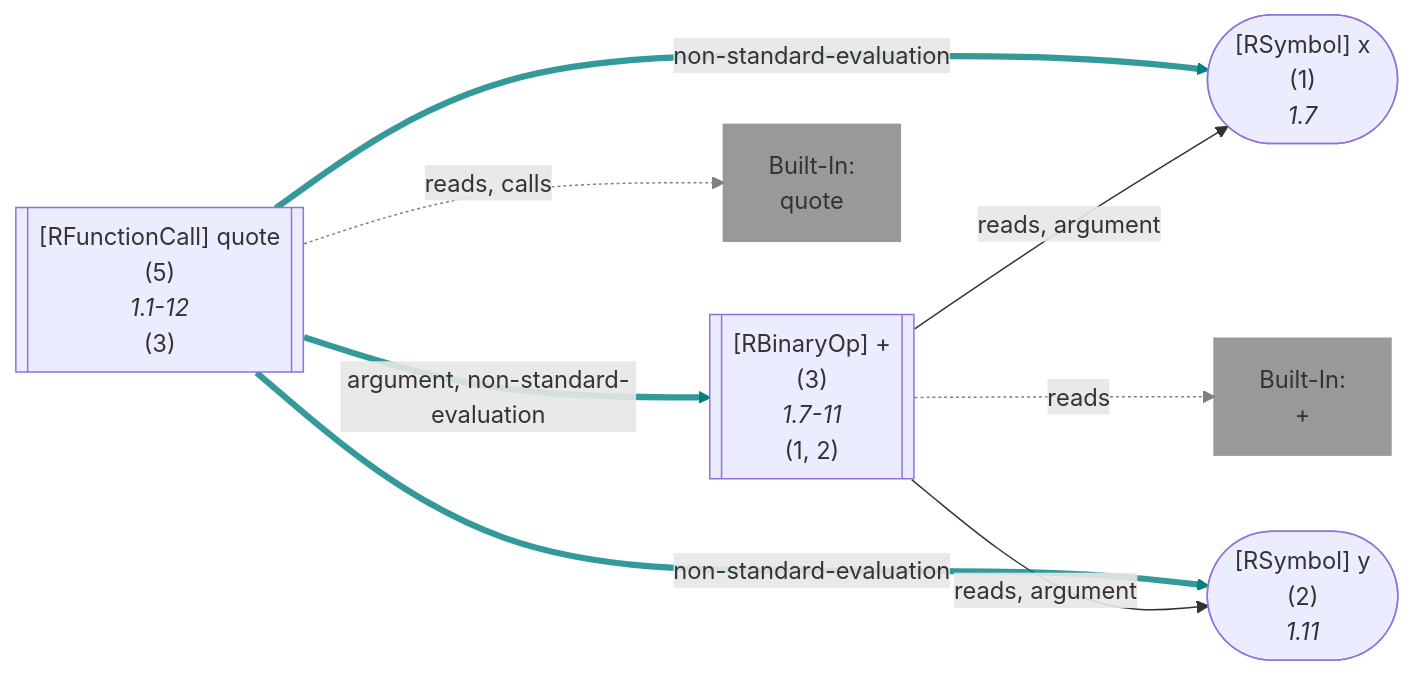
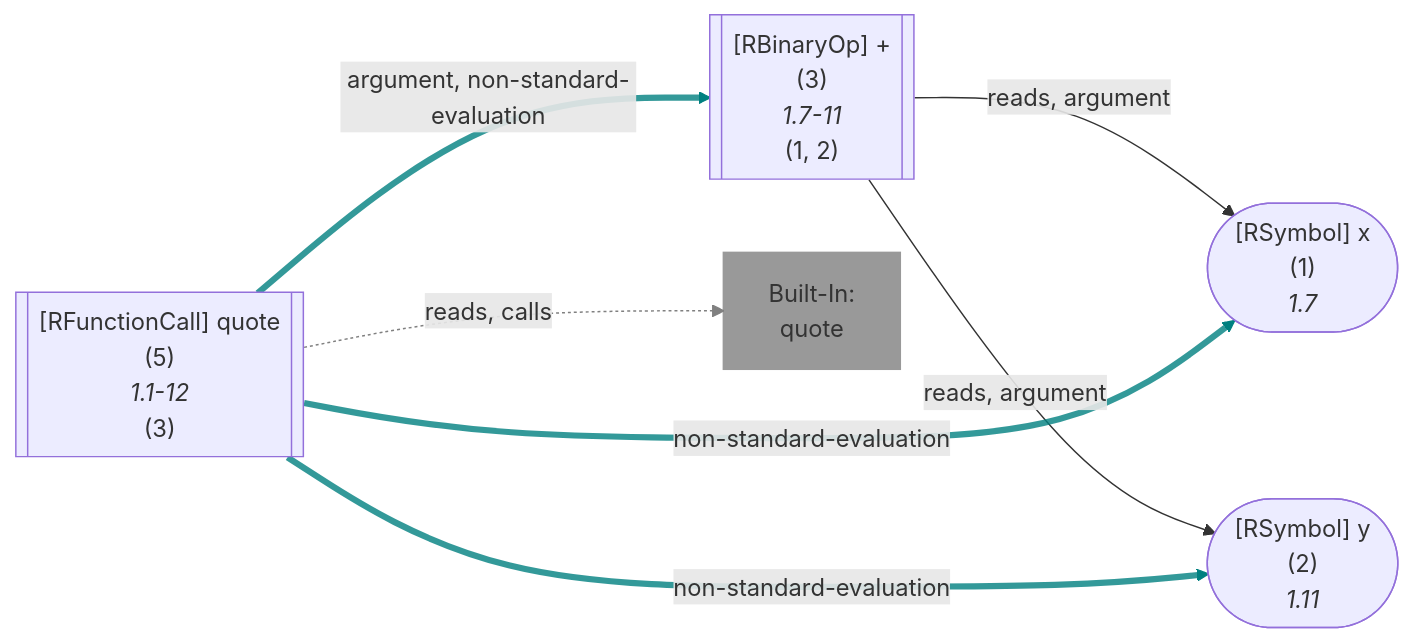
Diagram 43 of 54 in wiki/Dataflow Graph.md (flowr-analysis/flowr), drawn with Mermaid before and after one commit. The commit also changed other lines of this file and 3 other files, not shown here.

Commit message:
[skip ci] doc: update generated wiki pages (wiki/Query API.md,wiki/Normalized AST.md,wiki/Dataflow Graph.md,README.md)

````diff
--- a/wiki/Dataflow Graph.md
+++ b/wiki/Dataflow Graph.md
@@ -5457,37 +5457,32 @@
 ```mermaid
 flowchart LR
     1(["`#91;RSymbol#93; x
       (1)
       *1.7*`"])
    %% No edges found for 1
     2(["`#91;RSymbol#93; y
       (2)
       *1.11*`"])
    %% No edges found for 2
     3[["`#91;RBinaryOp#93; #43;
       (3)
       *1.7-11*
     (1, 2)`"]]
-    built-in:_["`Built-In:
-#43;`"]
-    style built-in:_ stroke:gray,fill:gray,stroke-width:2px,opacity:.8;
     5[["`#91;RFunctionCall#93; quote
       (5)
       *1.1-12*
     (3)`"]]
     built-in:quote["`Built-In:
 quote`"]
     style built-in:quote stroke:gray,fill:gray,stroke-width:2px,opacity:.8;
     3 -->|"reads, argument"| 1
     3 -->|"reads, argument"| 2
-    3 -.->|"reads"| built-in:_
-    linkStyle 2 stroke:gray;
     5 -->|"argument, non-standard-evaluation"| 3
+    linkStyle 2 stroke:teal,stroke-width:4.2px,stroke-opacity:.8
+    5 -->|"non-standard-evaluation"| 1
     linkStyle 3 stroke:teal,stroke-width:4.2px,stroke-opacity:.8
-    5 -->|"non-standard-evaluation"| 1
+    5 -->|"non-standard-evaluation"| 2
     linkStyle 4 stroke:teal,stroke-width:4.2px,stroke-opacity:.8
-    5 -->|"non-standard-evaluation"| 2
-    linkStyle 5 stroke:teal,stroke-width:4.2px,stroke-opacity:.8
     5 -.->|"reads, calls"| built-in:quote
-    linkStyle 6 stroke:gray;
+    linkStyle 5 stroke:gray;
 ```
````
